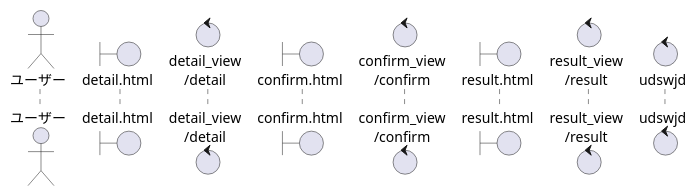
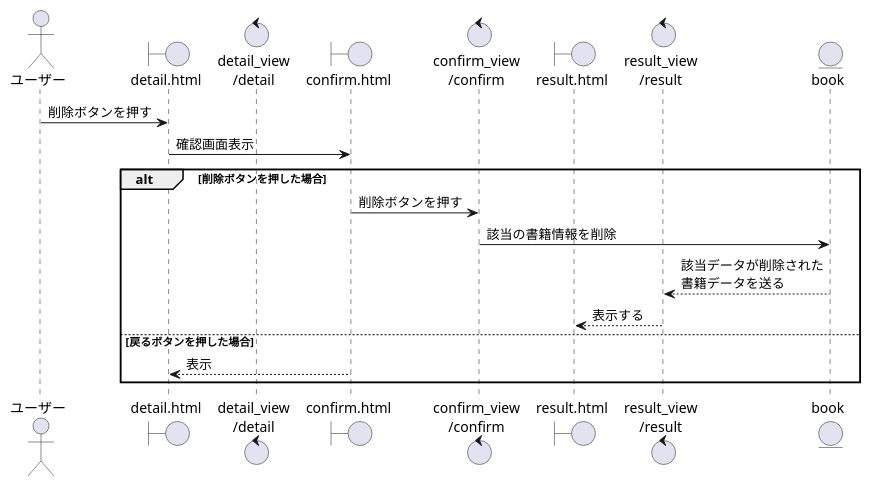
One commit to RK0309-art/gith_full_course changed the seventh of 14 diagrams in シーケンス図_書籍検索システム_django.puml. Above: the diagram before and after it, drawn with PlantUML.

Commit message:
シーケンス図書籍削除追加

```diff
--- a/シーケンス図_書籍検索システム_django.puml
+++ b/シーケンス図_書籍検索システム_django.puml
@@ -112,12 +112,21 @@
 @startuml 書籍を削除する
-
 actor ユーザー as U
 boundary "detail.html" as DH
 control "detail_view\n/detail" as DV
 boundary "confirm.html" as CH
 control "confirm_view\n/confirm" as CV
 boundary "result.html" as RH
 control "result_view\n/result" as RV
-control "udswjd"
+entity "book" as B
+U -> DH :削除ボタンを押す
+DH -> CH :確認画面表示
+alt 削除ボタンを押した場合
+CH -> CV : 削除ボタンを押す
+CV -> B : 該当の書籍情報を削除
+B --> RV : 該当データが削除された\n書籍データを送る
+RV --> RH :表示する
+else 戻るボタンを押した場合
+CH --> DH : 表示
+end
 
 @enduml
```
